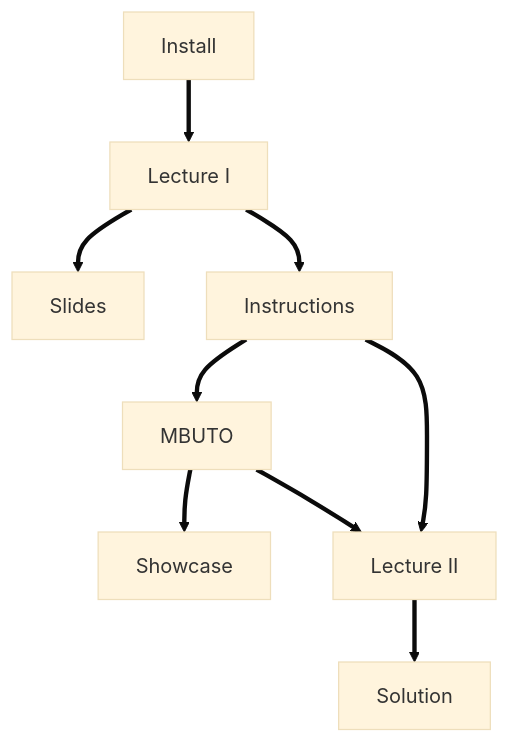
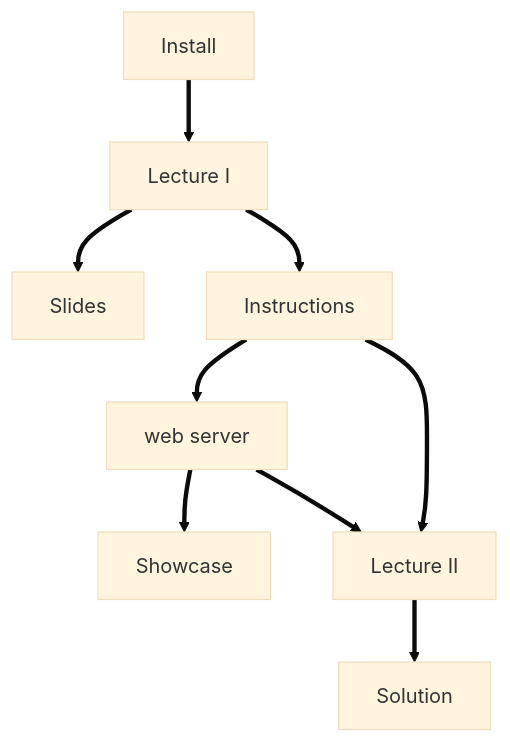
The diagram in NAVIGATION.md (h2nch2co2h/masterclass-22-1), drawn with Mermaid (base theme) before and after one commit. The commit also changed 2 other files, not shown here.

Commit message:
Added information for web server and addressing few errors

````diff
--- a/NAVIGATION.md
+++ b/NAVIGATION.md
@@ -13,19 +13,19 @@
 ```mermaid
 flowchart TB;
   A[Install] ==> B[Lecture I];
   B ==> C[Slides];
   B ==> D[Instructions];
-  D ==> E[MBUTO];
+  D ==> E[web server];
   E ==> H[Showcase]
   D ==> F[Lecture II];
   E ==> F;
   F ==> G[Solution];
   click A "INSTALL.md" "Instructions for how to install the version of PLUMED that you will need for this exercise";
   click B "video1" "This lesson explains the basics about ligand/target binding and the scope of FM.";
   click C "slides/plumed_masterclass_22-1.pdf" "The slides for the theory explained in Lecture I.";
   click D "INSTRUCTIONS.md" "A step-by-step procedure that will wlk you through the FM procedure.";
   click E "mbuto" "Web server to set up a FM simulation. Can be used in substitution of the tcl plug-in funnel.tcl.";
   click F "video2" "A lecture that goes a little more in deep in the practical phases of preparing and analysing a FM simulation";
   click G "Solution.ipynb" "A python notebook that contains results and analyses of the simulation that is discussed in the masterclass.";
-  click H "video3" "A video showcasing MBUTO functionalities";
+  click H "video3" "A video showcasing Funnel Metadynamics Pre-Processing Tool functionalities";
 ```
````
